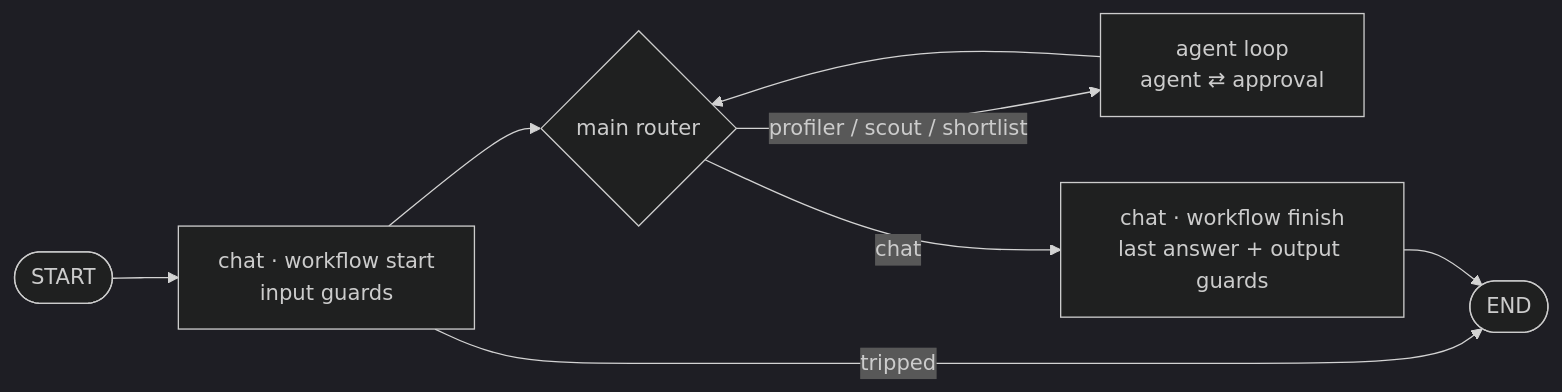
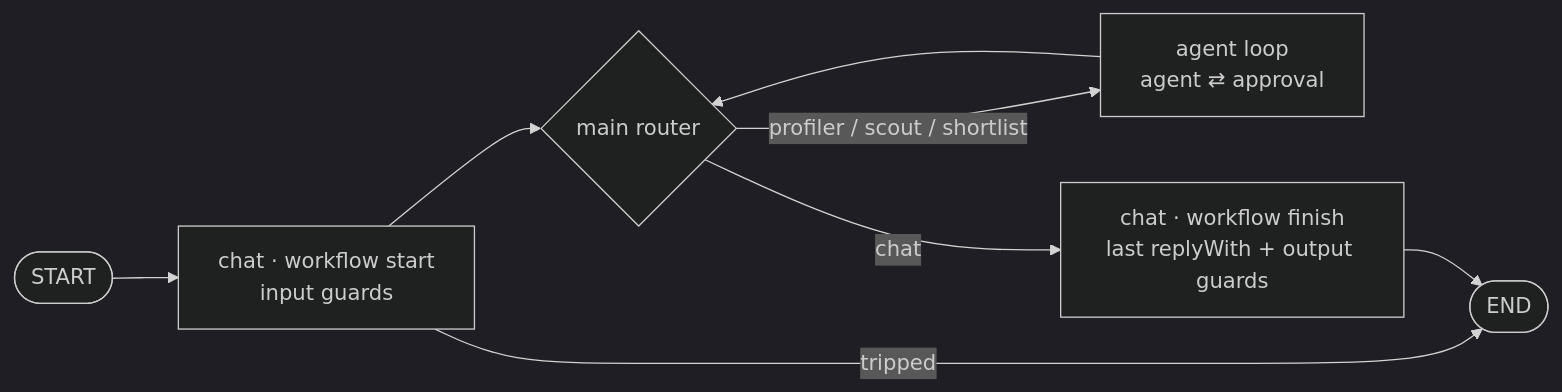
Before and after one commit to PavelRavvich/agbossjs: the diagram in Architecture.md, drawn with Mermaid (dark theme). The commit also changed other lines of this file and 23 other files, not shown here.

````diff
--- a/Architecture.md
+++ b/Architecture.md
@@ -10,9 +10,9 @@
 ```mermaid
 flowchart LR
   S([START]) --> CE[chat · workflow start<br/>input guards]
   CE -- tripped --> E([END])
   CE --> R{main router}
   R -- profiler / scout / shortlist --> A[agent loop<br/>agent ⇄ approval]
   A --> R
-  R -- chat --> C[chat · workflow finish<br/>last answer + output guards] --> E
+  R -- chat --> C[chat · workflow finish<br/>last replyWith + output guards] --> E
 ```
````
